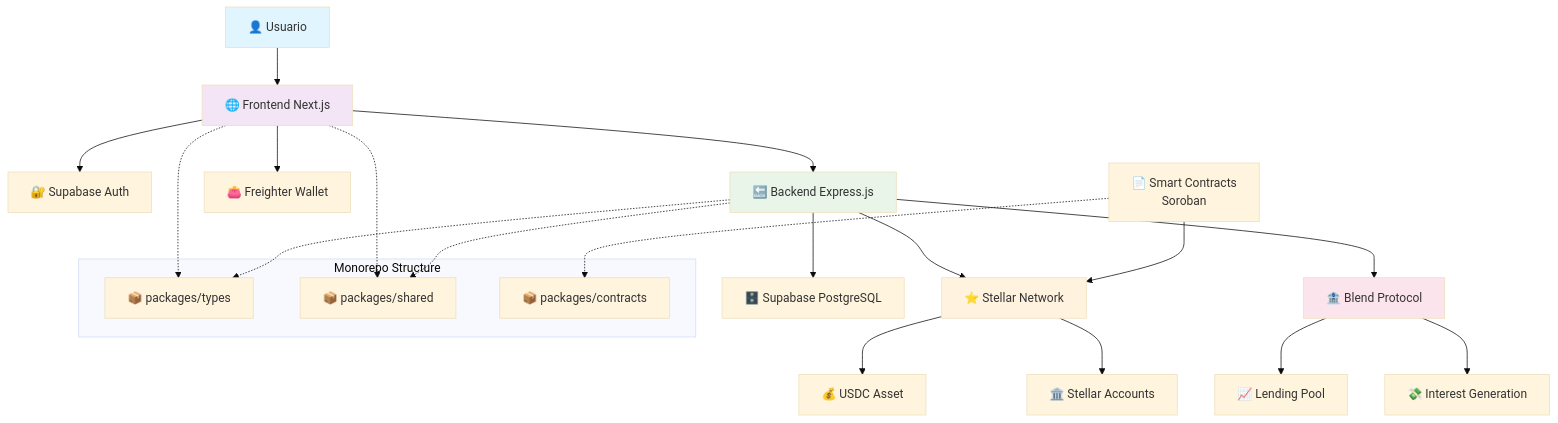
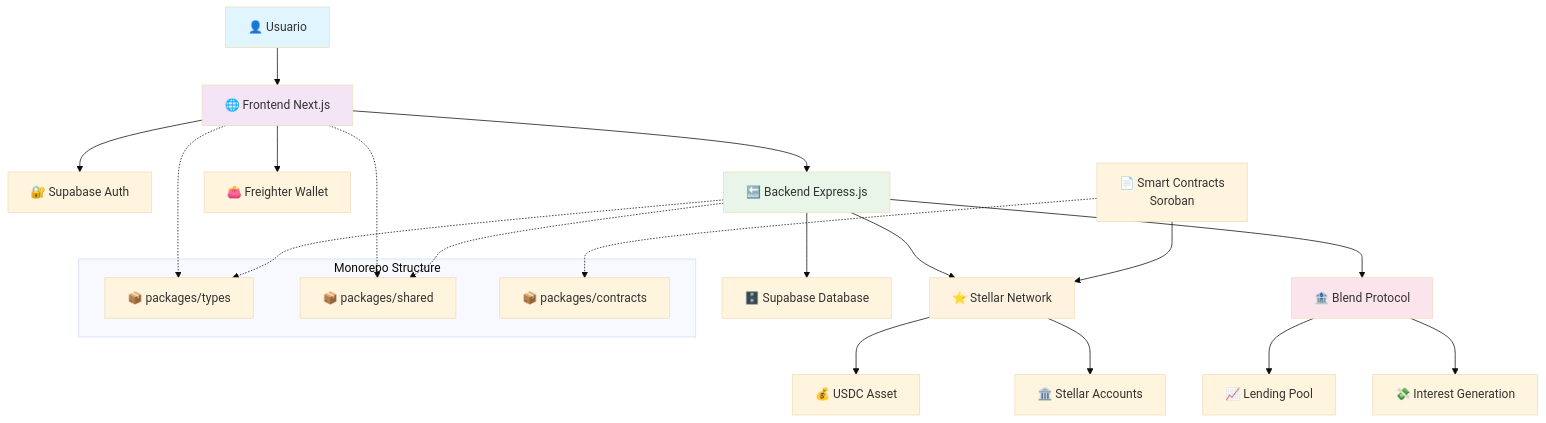
Before and after one commit to sasasamaes/orbit-pool-stellar: the diagram in docs/architecture-diagram.md, drawn with Mermaid (base theme). The commit also changed 9 other files, not shown here.

````diff
--- a/docs/architecture-diagram.md
+++ b/docs/architecture-diagram.md
@@ -5,36 +5,36 @@
 ```mermaid
 graph TD
     A["👤 Usuario"] --> B["🌐 Frontend Next.js"]
     B --> C["🔐 Supabase Auth"]
     B --> D["🔙 Backend Express.js"]
     B --> E["👛 Freighter Wallet"]
 
-    D --> F["🗄️ Supabase PostgreSQL"]
+    D --> F["🗄️ Supabase Database"]
     D --> G["⭐ Stellar Network"]
     D --> H["🏦 Blend Protocol"]
 
     I["📄 Smart Contracts<br/>Soroban"] --> G
     G --> J["💰 USDC Asset"]
     G --> K["🏛️ Stellar Accounts"]
 
     H --> L["📈 Lending Pool"]
     H --> M["💸 Interest Generation"]
 
     subgraph "Monorepo Structure"
         N["📦 packages/types"]
         O["📦 packages/shared"]
         P["📦 packages/contracts"]
     end
 
     B -.-> N
     D -.-> N
     B -.-> O
     D -.-> O
     I -.-> P
 
     style A fill:#e1f5fe
     style B fill:#f3e5f5
     style D fill:#e8f5e8
     style G fill:#fff3e0
     style H fill:#fce4ec
 ```
````
